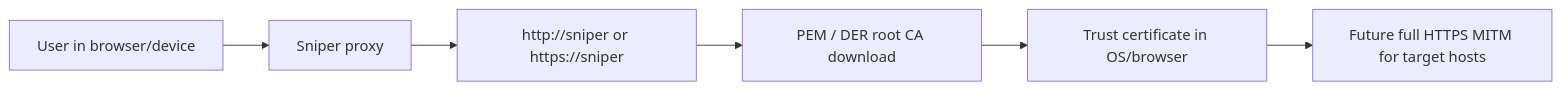
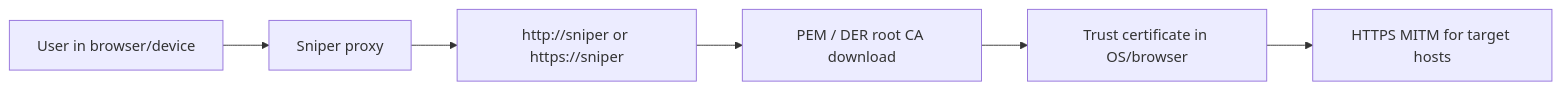
One commit to ksw9722/Sniper changed the second of 2 diagrams in docs/architecture.md. Above: the diagram before and after it, drawn with Mermaid. The commit also changed other lines of this file and 25 other files, not shown here.

````diff
--- a/docs/architecture.md
+++ b/docs/architecture.md
@@ -182,8 +133,8 @@
 ```mermaid
 flowchart LR
     User["User in browser/device"] --> Proxy["Sniper proxy"]
     Proxy --> Special["http://sniper or https://sniper"]
     Special --> Download["PEM / DER root CA download"]
     Download --> Trust["Trust certificate in OS/browser"]
-    Trust --> Future["Future full HTTPS MITM for target hosts"]
+    Trust --> MITM["HTTPS MITM for target hosts"]
 ```
````
